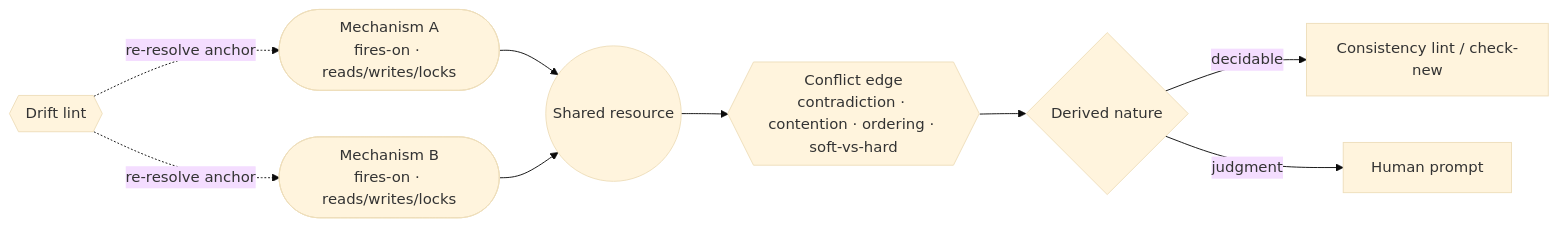
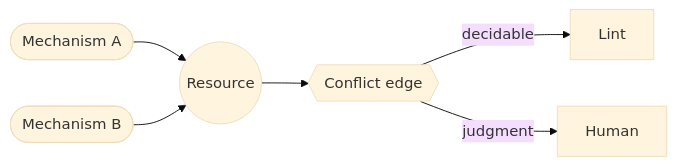
One commit to davisjam/agent-governance-mechanisms changed the diagram in book/appendix-fills/models-bridge/governance-graph.md. Above: the diagram before and after it, drawn with Mermaid (base theme). The commit also changed other lines of this file and 25 other files, not shown here.

Commit message:
feat(appxC): bespoke diagrams replacing shared glyphs (batches F+G)

````diff
--- a/book/appendix-fills/models-bridge/governance-graph.md
+++ b/book/appendix-fills/models-bridge/governance-graph.md
@@ -39,11 +39,8 @@
 ```mermaid
 flowchart LR
-  M1([Mechanism A<br/>fires-on · reads/writes/locks]) --> R((Shared resource))
-  M2([Mechanism B<br/>fires-on · reads/writes/locks]) --> R
-  R --> Edge{{Conflict edge<br/>contradiction · contention · ordering · soft-vs-hard}}
-  Edge --> Nat{Derived nature}
-  Nat -->|decidable| Lint[Consistency lint / check-new]
-  Nat -->|judgment| Human[Human prompt]
-  Drift{{Drift lint}} -.->|re-resolve anchor| M1
-  Drift -.->|re-resolve anchor| M2
+  M1([Mechanism A]) --> R((Resource))
+  M2([Mechanism B]) --> R
+  R --> Edge{{Conflict edge}}
+  Edge -->|decidable| Lint[Lint]
+  Edge -->|judgment| Human[Human]
 ```
````
